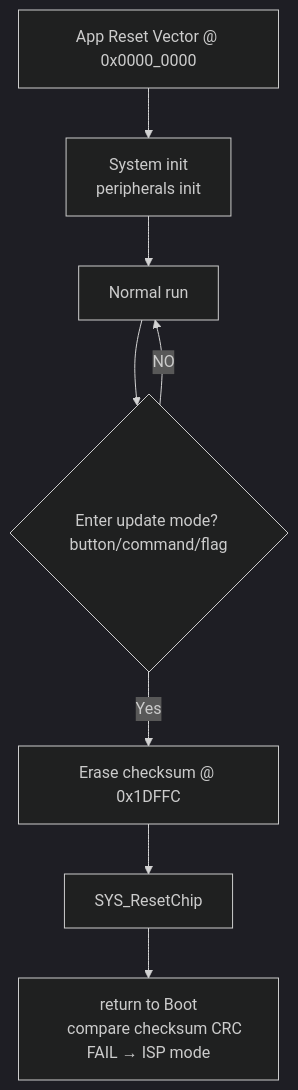
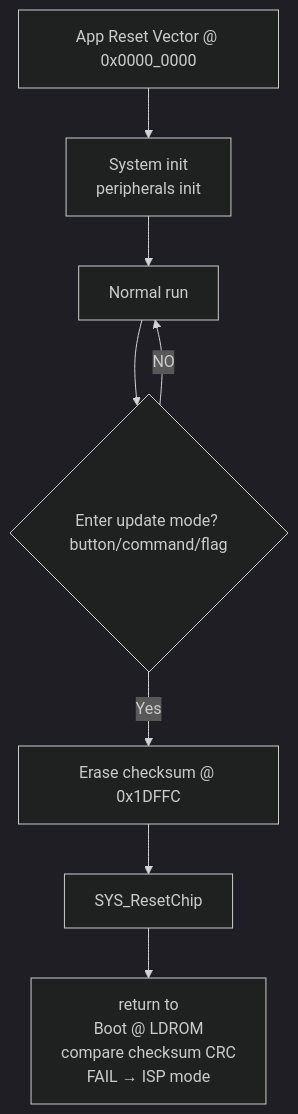
Before and after one commit to released/slide_Nuvoton-ISP-code_in_LDROM_APROM: the second of 2 diagrams in index.md, drawn with Mermaid (dark theme). The commit also changed other lines of this file and 1 other file, not shown here.

````diff
--- a/index.md
+++ b/index.md
@@ -122,12 +123,14 @@
 ```mermaid
 flowchart TD
     A[App Reset Vector @ 0x0000_0000] --> B[System init
     peripherals init]
     B --> C[Normal run]
     C --> D{Enter update mode? button/command/flag}
     D -->|Yes| E[Erase checksum @ 0x1DFFC]
     D -->|NO|C
     E --> F[SYS_ResetChip]
-    F --> G[return to Boot
-    compare checksum CRC FAIL → ISP mode]
+    F --> G[return to 
+    Boot @ LDROM
+    compare checksum CRC 
+    FAIL → ISP mode]
 ```
````
